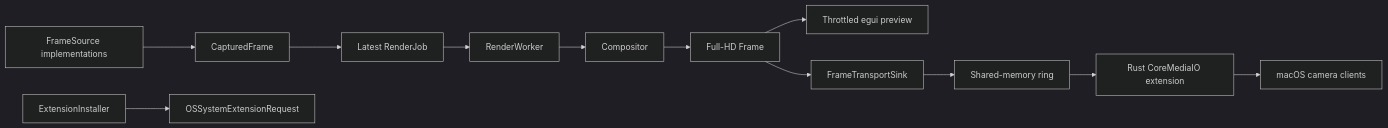
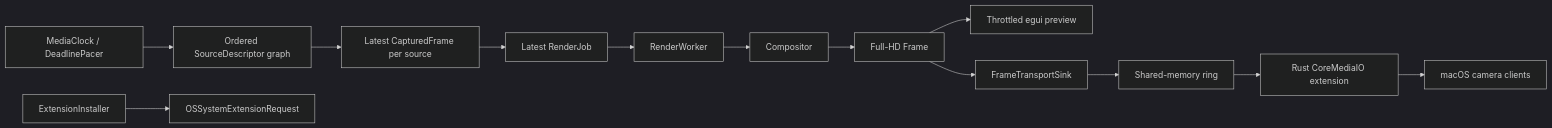
The diagram in architecture.md (themoretheless/camera-man), drawn with Mermaid (dark theme) before and after one commit. The commit also changed other lines of this file and 28 other files, not shown here.

Commit message:
Unify mixed source graph and media clock

````diff
--- a/architecture.md
+++ b/architecture.md
@@ -345,14 +356,15 @@
 ```mermaid
 flowchart LR
-    Sources["FrameSource implementations"] --> Captured["CapturedFrame"]
+    Clock["MediaClock / DeadlinePacer"] --> Sources["Ordered SourceDescriptor graph"]
+    Sources --> Captured["Latest CapturedFrame per source"]
     Captured --> Job["Latest RenderJob"]
     Job --> Worker["RenderWorker"]
     Worker --> Compositor["Compositor"]
     Compositor --> Output["Full-HD Frame"]
     Output --> Preview["Throttled egui preview"]
     Output --> Transport["FrameTransportSink"]
     Transport --> Shared["Shared-memory ring"]
     Shared --> Extension["Rust CoreMediaIO extension"]
     Extension --> Clients["macOS camera clients"]
     Installer["ExtensionInstaller"] --> System["OSSystemExtensionRequest"]
 ```
````
